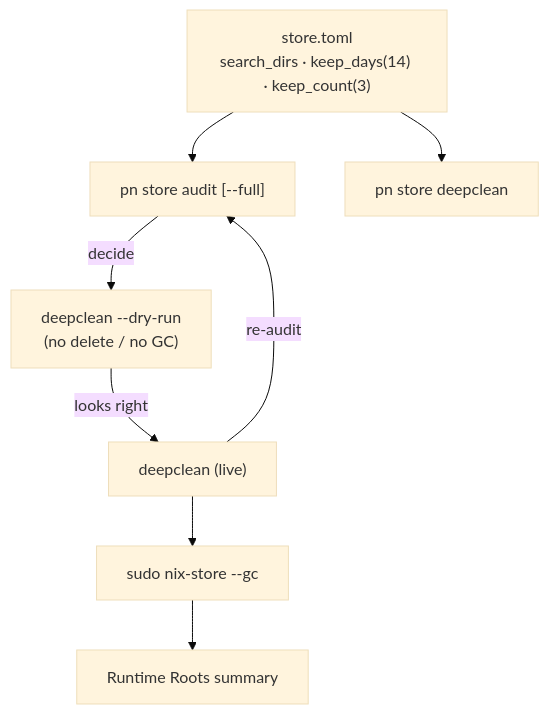
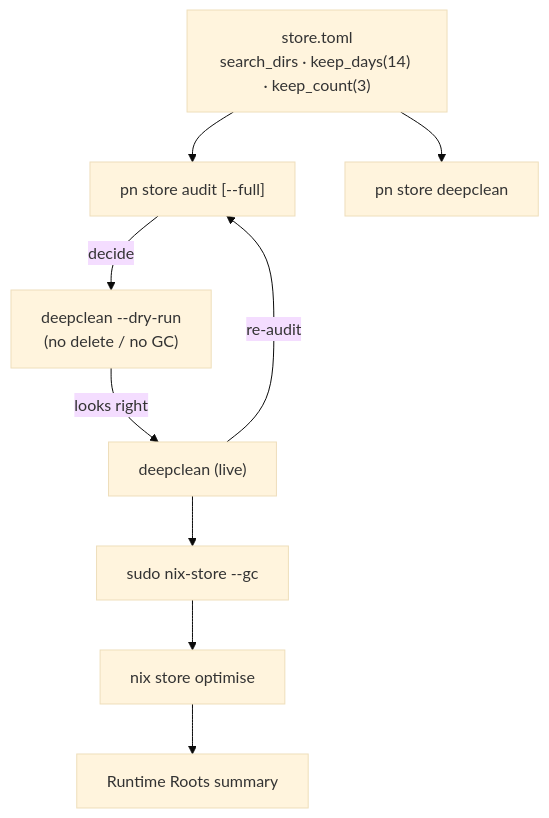
The first of 2 diagrams in docs/pn-store.md (phillipgreenii/nix-repo-base), drawn with Mermaid (base theme) before and after one commit. The commit also changed other lines of this file and 3 other files, not shown here.

First line of the commit message:
pn store deepclean: optimise store after GC

````diff
--- a/docs/pn-store.md
+++ b/docs/pn-store.md
@@ -116,10 +120,11 @@
 ```mermaid
 flowchart TD
     CFG["store.toml<br/>search_dirs · keep_days(14) · keep_count(3)"] --> AUDIT["pn store audit [--full]"]
     CFG --> CLEAN["pn store deepclean"]
     AUDIT -->|decide| DRY["deepclean --dry-run<br/>(no delete / no GC)"]
     DRY -->|looks right| LIVE["deepclean (live)"]
     LIVE --> GC["sudo nix-store --gc"]
-    GC --> RR["Runtime Roots summary"]
+    GC --> OPT["nix store optimise"]
+    OPT --> RR["Runtime Roots summary"]
     LIVE -->|re-audit| AUDIT
 ```
````
